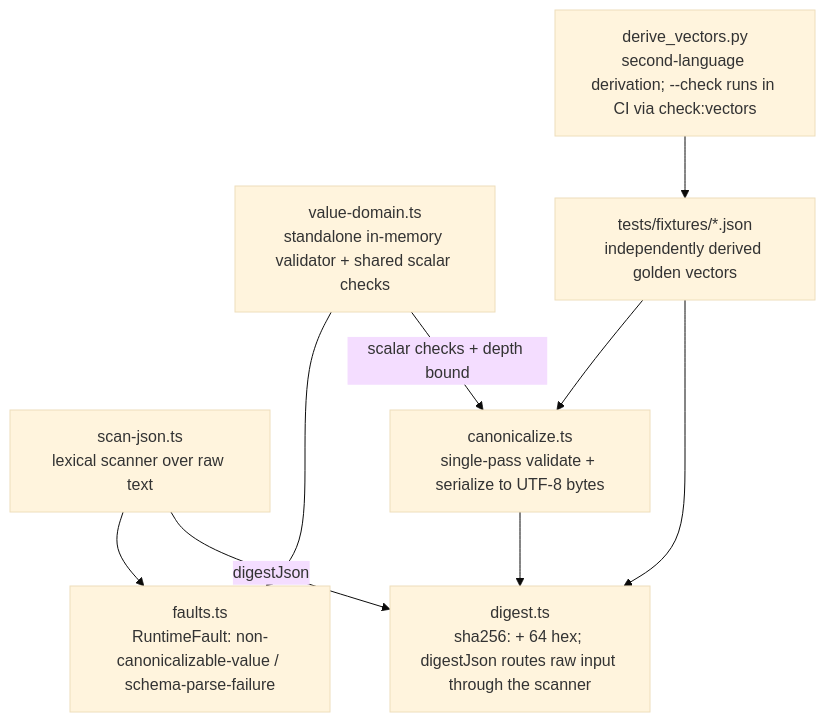
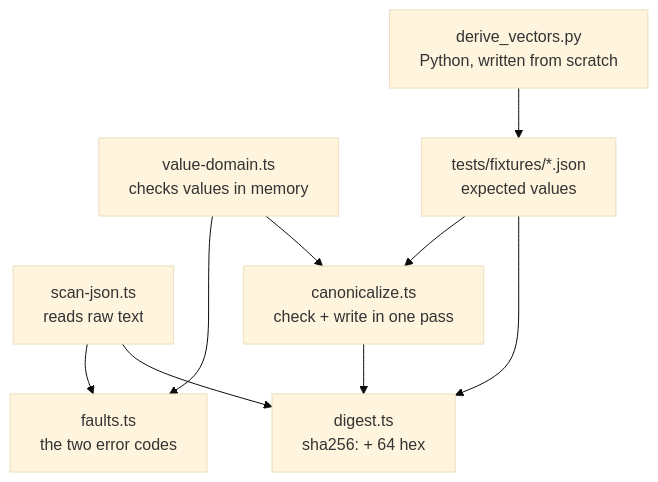
The second of 2 diagrams in _bmad-output/project-knowledge/learning-path-step-by-step.md (bmad-code-org/bmad-eval-quality), drawn with Mermaid (base theme) before and after one commit. The commit also changed other lines of this file and 6 other files, not shown here.

````diff
--- a/_bmad-output/project-knowledge/learning-path-step-by-step.md
+++ b/_bmad-output/project-knowledge/learning-path-step-by-step.md
@@ -379,19 +114,19 @@
 ```mermaid
 flowchart TD
-  SCAN["scan-json.ts<br/>lexical scanner over raw text"]
-  DOMAIN["value-domain.ts<br/>standalone in-memory validator + shared scalar checks"]
-  FAULT["faults.ts<br/>RuntimeFault: non-canonicalizable-value / schema-parse-failure"]
-  CANON["canonicalize.ts<br/>single-pass validate + serialize to UTF-8 bytes"]
-  DIGEST["digest.ts<br/>sha256: + 64 hex; digestJson routes raw input through the scanner"]
-  FIXTURES["tests/fixtures/*.json<br/>independently derived golden vectors"]
-  DERIVE["derive_vectors.py<br/>second-language derivation; --check runs in CI via check:vectors"]
+  SCAN["scan-json.ts<br/>reads raw text"]
+  DOMAIN["value-domain.ts<br/>checks values in memory"]
+  FAULT["faults.ts<br/>the two error codes"]
+  CANON["canonicalize.ts<br/>check + write in one pass"]
+  DIGEST["digest.ts<br/>sha256: + 64 hex"]
+  FIXTURES["tests/fixtures/*.json<br/>expected values"]
+  DERIVE["derive_vectors.py<br/>Python, written from scratch"]
 
   SCAN --> FAULT
   DOMAIN --> FAULT
-  DOMAIN -->|scalar checks + depth bound| CANON
-  SCAN -->|digestJson| DIGEST
+  DOMAIN --> CANON
+  SCAN --> DIGEST
   CANON --> DIGEST
   DERIVE --> FIXTURES
   FIXTURES --> CANON
   FIXTURES --> DIGEST
 ```
````
